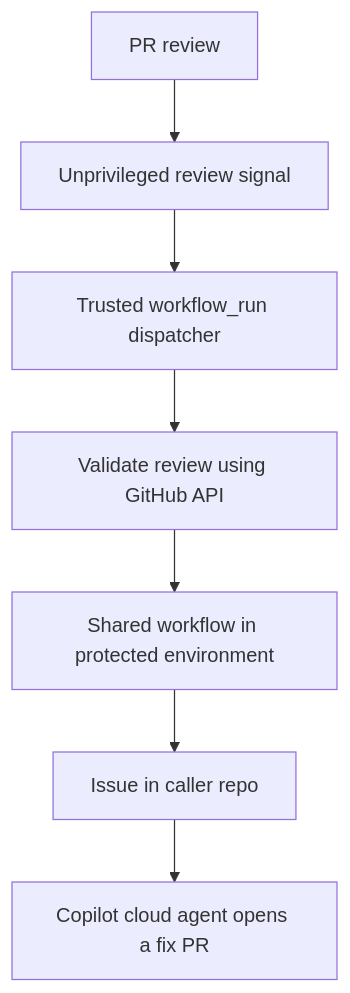
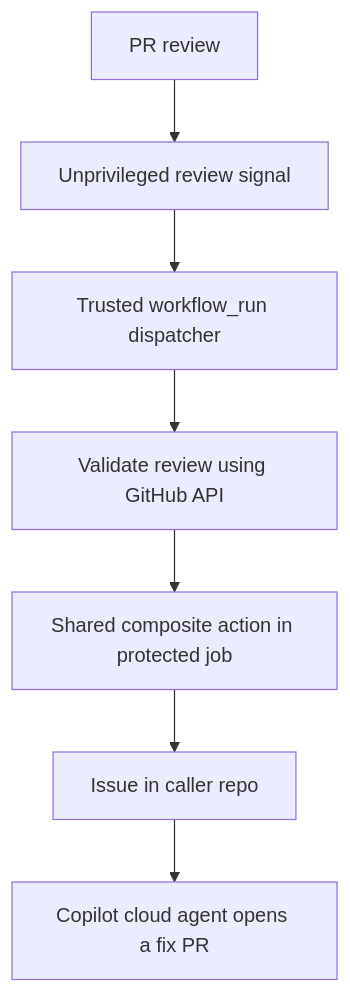
The diagram in README.md (DownAtTheBottomOfTheMoleHole/shared-copilot-orchestrator), drawn with Mermaid before and after one commit. The commit also changed other lines of this file and 2 other files, not shown here.

Commit message:
security(orchestrator): use protected caller composite action

````diff
--- a/README.md
+++ b/README.md
@@ -15,9 +15,9 @@
 ```mermaid
 flowchart TD
     A[PR review] --> B[Unprivileged review signal]
     B --> C[Trusted workflow_run dispatcher]
     C --> D[Validate review using GitHub API]
-    D --> E[Shared workflow in protected environment]
+    D --> E[Shared composite action in protected job]
     E --> F[Issue in caller repo]
     F --> G[Copilot cloud agent opens a fix PR]
 ```
````
